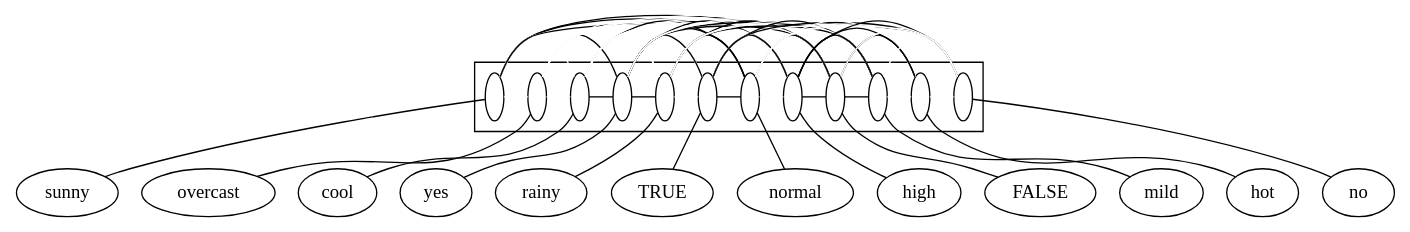
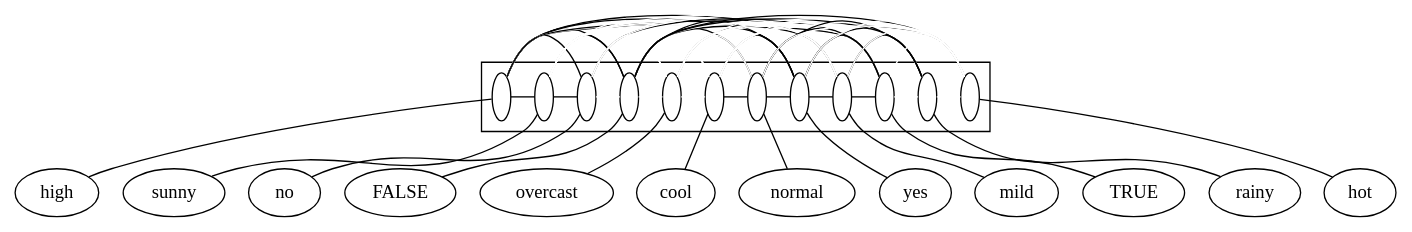
Before and after one commit to lrodrin/TFG: the diagram in src/final/plain2-structure.dot, drawn with Graphviz. The commit also changed 13 other files, not shown here.

```diff
--- a/src/final/plain2-structure.dot
+++ b/src/final/plain2-structure.dot
@@ -1,112 +1,112 @@
 digraph G {
 compound=True;
+high;
 sunny;
+no;
+FALSE;
 overcast;
 cool;
+normal;
 yes;
+mild;
+TRUE;
 rainy;
-TRUE;
-normal;
-high;
-FALSE;
-mild;
 hot;
-no;
-subgraph cluster_mildrainynoovercasthothighFALSEyesnormalsunnyTRUEcool {
-s_sunny [label=" ", fixedsize=True, fillcolor=white, width=0.2];
-s_overcast [label=" ", fixedsize=True, fillcolor=white, width=0.2];
-s_cool [label=" ", fixedsize=True, fillcolor=white, width=0.2];
-s_yes [label=" ", fixedsize=True, fillcolor=white, width=0.2];
-s_rainy [label=" ", fixedsize=True, fillcolor=white, width=0.2];
-s_TRUE [label=" ", fixedsize=True, fillcolor=white, width=0.2];
-s_normal [label=" ", fixedsize=True, fillcolor=white, width=0.2];
-s_high [label=" ", fixedsize=True, fillcolor=white, width=0.2];
-s_FALSE [label=" ", fixedsize=True, fillcolor=white, width=0.2];
-s_mild [label=" ", fixedsize=True, fillcolor=white, width=0.2];
-s_hot [label=" ", fixedsize=True, fillcolor=white, width=0.2];
-s_no [label=" ", fixedsize=True, fillcolor=white, width=0.2];
+subgraph cluster_FALSErainyyeshighnormalcoolTRUEnomildhotovercastsunny {
+s_high [fillcolor=white, fixedsize=True, width=0.2, label=" "];
+s_sunny [fillcolor=white, fixedsize=True, width=0.2, label=" "];
+s_no [fillcolor=white, fixedsize=True, width=0.2, label=" "];
+s_FALSE [fillcolor=white, fixedsize=True, width=0.2, label=" "];
+s_overcast [fillcolor=white, fixedsize=True, width=0.2, label=" "];
+s_cool [fillcolor=white, fixedsize=True, width=0.2, label=" "];
+s_normal [fillcolor=white, fixedsize=True, width=0.2, label=" "];
+s_yes [fillcolor=white, fixedsize=True, width=0.2, label=" "];
+s_mild [fillcolor=white, fixedsize=True, width=0.2, label=" "];
+s_TRUE [fillcolor=white, fixedsize=True, width=0.2, label=" "];
+s_rainy [fillcolor=white, fixedsize=True, width=0.2, label=" "];
+s_hot [fillcolor=white, fixedsize=True, width=0.2, label=" "];
 subgraph  {
 rank=same;
+s_high -> s_sunny  [arrowhead=none, color=black];
+s_high -> s_no  [arrowhead=none, color=black];
+s_high -> s_FALSE  [arrowhead=none, color=black];
+s_high -> s_overcast  [arrowhead=none, color=white];
+s_high -> s_cool  [arrowhead=none, color=white];
+s_high -> s_normal  [arrowhead=none, color=white];
+s_high -> s_yes  [arrowhead=none, color=black];
+s_high -> s_mild  [arrowhead=none, color=black];
+s_high -> s_TRUE  [arrowhead=none, color=black];
+s_high -> s_rainy  [arrowhead=none, color=white];
+s_high -> s_hot  [arrowhead=none, color=black];
+s_sunny -> s_no  [arrowhead=none, color=black];
+s_sunny -> s_FALSE  [arrowhead=none, color=black];
 s_sunny -> s_overcast  [arrowhead=none, color=white];
 s_sunny -> s_cool  [arrowhead=none, color=white];
+s_sunny -> s_normal  [arrowhead=none, color=white];
 s_sunny -> s_yes  [arrowhead=none, color=white];
+s_sunny -> s_mild  [arrowhead=none, color=white];
+s_sunny -> s_TRUE  [arrowhead=none, color=white];
 s_sunny -> s_rainy  [arrowhead=none, color=white];
-s_sunny -> s_TRUE  [arrowhead=none, color=white];
-s_sunny -> s_normal  [arrowhead=none, color=white];
-s_sunny -> s_high  [arrowhead=none, color=black];
-s_sunny -> s_FALSE  [arrowhead=none, color=black];
-s_sunny -> s_mild  [arrowhead=none, color=white];
 s_sunny -> s_hot  [arrowhead=none, color=white];
-s_sunny -> s_no  [arrowhead=none, color=black];
+s_no -> s_FALSE  [arrowhead=none, color=white];
+s_no -> s_overcast  [arrowhead=none, color=white];
+s_no -> s_cool  [arrowhead=none, color=white];
+s_no -> s_normal  [arrowhead=none, color=white];
+s_no -> s_yes  [arrowhead=none, color=white];
+s_no -> s_mild  [arrowhead=none, color=white];
+s_no -> s_TRUE  [arrowhead=none, color=black];
+s_no -> s_rainy  [arrowhead=none, color=white];
+s_no -> s_hot  [arrowhead=none, color=white];
+s_FALSE -> s_overcast  [arrowhead=none, color=white];
+s_FALSE -> s_cool  [arrowhead=none, color=white];
+s_FALSE -> s_normal  [arrowhead=none, color=black];
+s_FALSE -> s_yes  [arrowhead=none, color=black];
+s_FALSE -> s_mild  [arrowhead=none, color=black];
+s_FALSE -> s_TRUE  [arrowhead=none, color=white];
+s_FALSE -> s_rainy  [arrowhead=none, color=black];
+s_FALSE -> s_hot  [arrowhead=none, color=black];
 s_overcast -> s_cool  [arrowhead=none, color=white];
+s_overcast -> s_normal  [arrowhead=none, color=white];
 s_overcast -> s_yes  [arrowhead=none, color=black];
+s_overcast -> s_mild  [arrowhead=none, color=white];
+s_overcast -> s_TRUE  [arrowhead=none, color=white];
 s_overcast -> s_rainy  [arrowhead=none, color=white];
-s_overcast -> s_TRUE  [arrowhead=none, color=white];
-s_overcast -> s_normal  [arrowhead=none, color=white];
-s_overcast -> s_high  [arrowhead=none, color=white];
-s_overcast -> s_FALSE  [arrowhead=none, color=white];
-s_overcast -> s_mild  [arrowhead=none, color=white];
 s_overcast -> s_hot  [arrowhead=none, color=white];
-s_overcast -> s_no  [arrowhead=none, color=white];
+s_cool -> s_normal  [arrowhead=none, color=black];
 s_cool -> s_yes  [arrowhead=none, color=black];
+s_cool -> s_mild  [arrowhead=none, color=white];
+s_cool -> s_TRUE  [arrowhead=none, color=white];
 s_cool -> s_rainy  [arrowhead=none, color=white];
-s_cool -> s_TRUE  [arrowhead=none, color=white];
-s_cool -> s_normal  [arrowhead=none, color=black];
-s_cool -> s_high  [arrowhead=none, color=white];
-s_cool -> s_FALSE  [arrowhead=none, color=white];
-s_cool -> s_mild  [arrowhead=none, color=white];
 s_cool -> s_hot  [arrowhead=none, color=white];
-s_cool -> s_no  [arrowhead=none, color=white];
+s_normal -> s_yes  [arrowhead=none, color=black];
+s_normal -> s_mild  [arrowhead=none, color=white];
+s_normal -> s_TRUE  [arrowhead=none, color=black];
+s_normal -> s_rainy  [arrowhead=none, color=black];
+s_normal -> s_hot  [arrowhead=none, color=white];
+s_yes -> s_mild  [arrowhead=none, color=black];
+s_yes -> s_TRUE  [arrowhead=none, color=black];
 s_yes -> s_rainy  [arrowhead=none, color=black];
-s_yes -> s_TRUE  [arrowhead=none, color=black];
-s_yes -> s_normal  [arrowhead=none, color=black];
-s_yes -> s_high  [arrowhead=none, color=black];
-s_yes -> s_FALSE  [arrowhead=none, color=black];
-s_yes -> s_mild  [arrowhead=none, color=black];
 s_yes -> s_hot  [arrowhead=none, color=white];
-s_yes -> s_no  [arrowhead=none, color=white];
-s_rainy -> s_TRUE  [arrowhead=none, color=white];
-s_rainy -> s_normal  [arrowhead=none, color=black];
-s_rainy -> s_high  [arrowhead=none, color=white];
-s_rainy -> s_FALSE  [arrowhead=none, color=black];
-s_rainy -> s_mild  [arrowhead=none, color=black];
+s_mild -> s_TRUE  [arrowhead=none, color=black];
+s_mild -> s_rainy  [arrowhead=none, color=black];
+s_mild -> s_hot  [arrowhead=none, color=white];
+s_TRUE -> s_rainy  [arrowhead=none, color=white];
+s_TRUE -> s_hot  [arrowhead=none, color=white];
 s_rainy -> s_hot  [arrowhead=none, color=white];
-s_rainy -> s_no  [arrowhead=none, color=white];
-s_TRUE -> s_normal  [arrowhead=none, color=black];
-s_TRUE -> s_high  [arrowhead=none, color=black];
-s_TRUE -> s_FALSE  [arrowhead=none, color=white];
-s_TRUE -> s_mild  [arrowhead=none, color=black];
-s_TRUE -> s_hot  [arrowhead=none, color=white];
-s_TRUE -> s_no  [arrowhead=none, color=black];
-s_normal -> s_high  [arrowhead=none, color=white];
-s_normal -> s_FALSE  [arrowhead=none, color=black];
-s_normal -> s_mild  [arrowhead=none, color=white];
-s_normal -> s_hot  [arrowhead=none, color=white];
-s_normal -> s_no  [arrowhead=none, color=white];
-s_high -> s_FALSE  [arrowhead=none, color=black];
-s_high -> s_mild  [arrowhead=none, color=black];
-s_high -> s_hot  [arrowhead=none, color=black];
-s_high -> s_no  [arrowhead=none, color=black];
-s_FALSE -> s_mild  [arrowhead=none, color=black];
-s_FALSE -> s_hot  [arrowhead=none, color=black];
-s_FALSE -> s_no  [arrowhead=none, color=white];
-s_mild -> s_hot  [arrowhead=none, color=white];
-s_mild -> s_no  [arrowhead=none, color=white];
-s_hot -> s_no  [arrowhead=none, color=white];
 }
 
 }
 
+s_high -> high  [arrowhead=none];
 s_sunny -> sunny  [arrowhead=none];
+s_no -> no  [arrowhead=none];
+s_FALSE -> FALSE  [arrowhead=none];
 s_overcast -> overcast  [arrowhead=none];
 s_cool -> cool  [arrowhead=none];
+s_normal -> normal  [arrowhead=none];
 s_yes -> yes  [arrowhead=none];
+s_mild -> mild  [arrowhead=none];
+s_TRUE -> TRUE  [arrowhead=none];
 s_rainy -> rainy  [arrowhead=none];
-s_TRUE -> TRUE  [arrowhead=none];
-s_normal -> normal  [arrowhead=none];
-s_high -> high  [arrowhead=none];
-s_FALSE -> FALSE  [arrowhead=none];
-s_mild -> mild  [arrowhead=none];
 s_hot -> hot  [arrowhead=none];
-s_no -> no  [arrowhead=none];
 }
```
